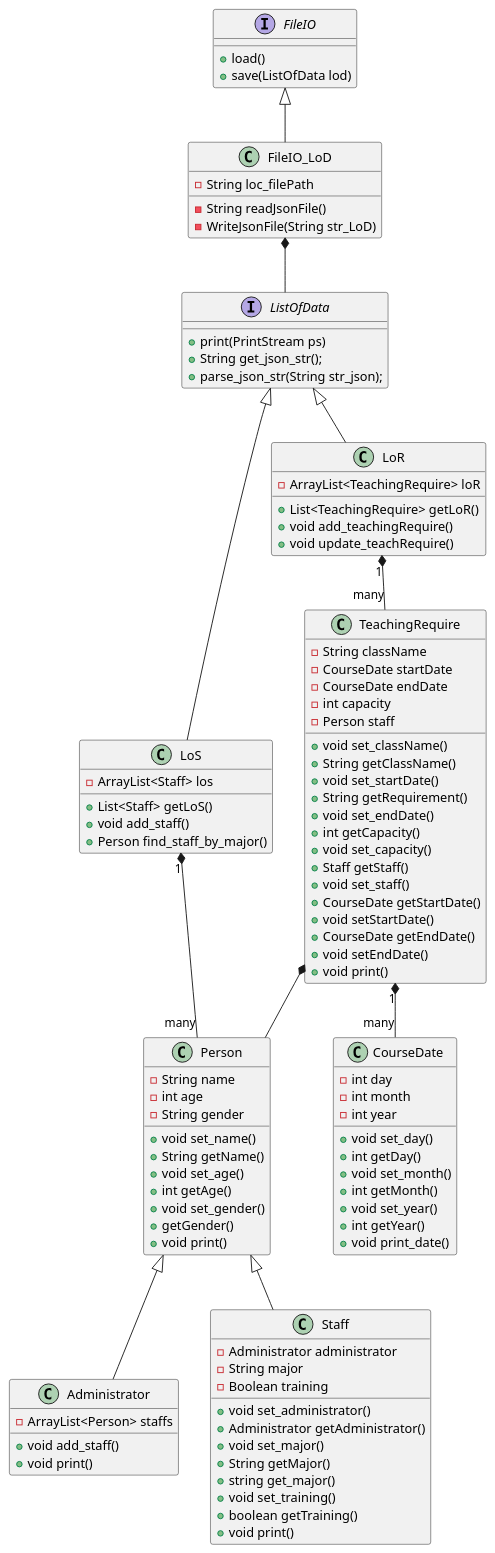
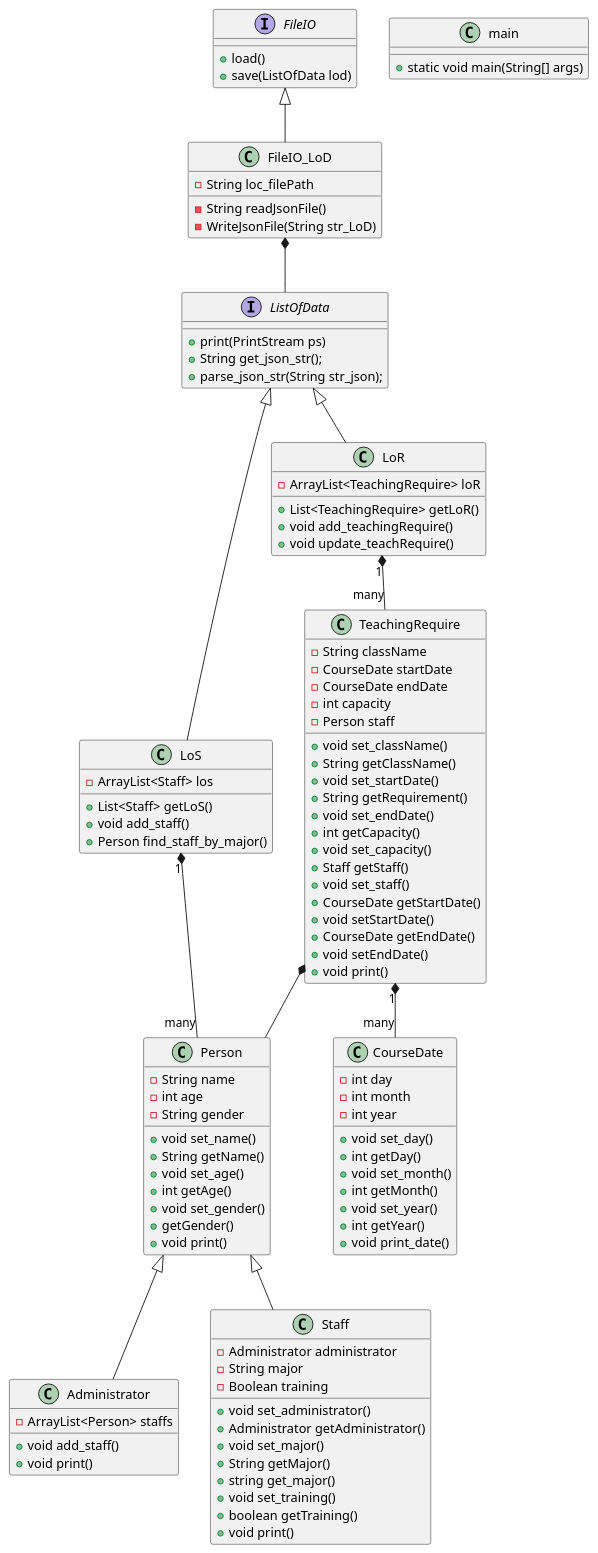
The diagram in UML/classdiagram.md (LancerMar/SEassessment2), drawn with PlantUML before and after one commit. The commit also changed 1 other file, not shown here.

```diff
--- a/UML/classdiagram.md
+++ b/UML/classdiagram.md
@@ -113,4 +113,8 @@
 ListOfData <|-- LoR
 ListOfData <|-- LoS
 FileIO_LoD *-- ListOfData
+
+class main{
+    + static void main(String[] args)
+}
 @enduml
```
